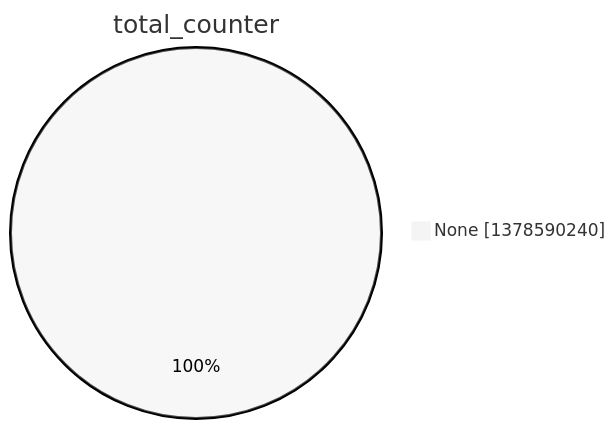
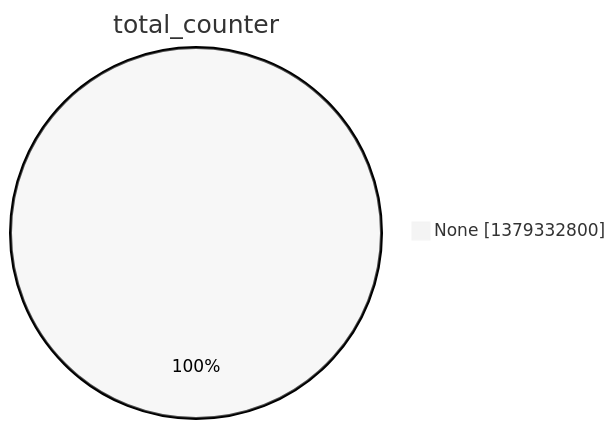
The second of 15 diagrams in argon2022/README.md (christiankrug/ctmonitor_visualization), drawn with Mermaid (neutral theme) before and after one commit. The commit also changed other lines of this file, not shown here.

````diff
--- a/argon2022/README.md
+++ b/argon2022/README.md
@@ -9,5 +9,5 @@
 ```mermaid
 pie showData
 title total_counter
-"None" :1378590240
+"None" :1379332800
 ```
````
